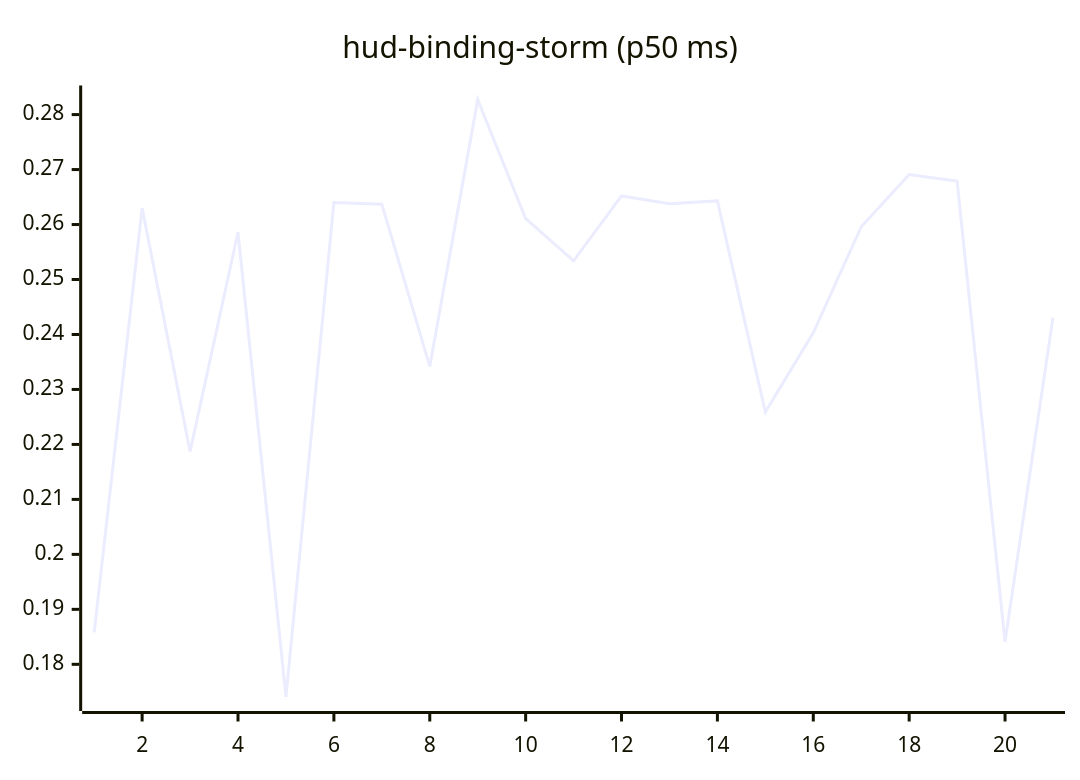
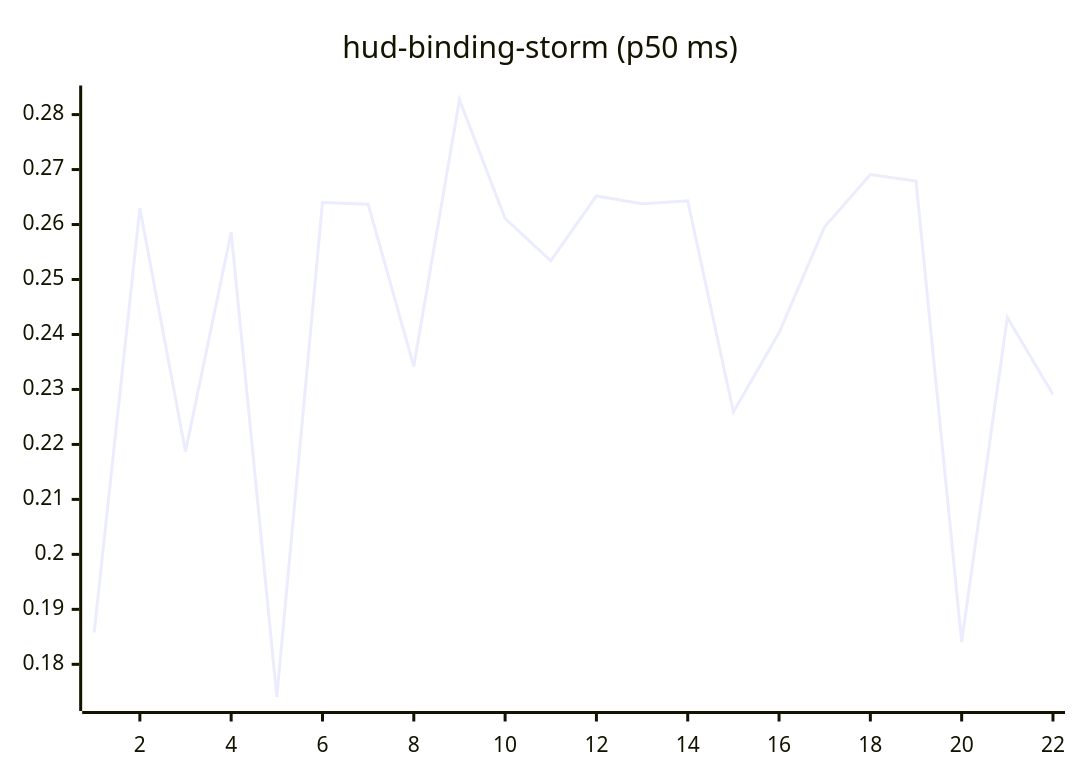
The tenth of 27 diagrams in README.md (josha/Facet), drawn with Mermaid before and after one commit. The commit also changed other lines of this file and 2 other files, not shown here.

````diff
--- a/README.md
+++ b/README.md
@@ -126,6 +126,6 @@
 ```mermaid
 xychart-beta
     title "hud-binding-storm (p50 ms)"
-    x-axis 1 --> 21
-    line [0.1858, 0.2630, 0.2187, 0.2586, 0.1741, 0.2640, 0.2637, 0.2342, 0.2827, 0.2611, 0.2534, 0.2652, 0.2638, 0.2643, 0.2259, 0.2403, 0.2596, 0.2691, 0.2679, 0.1841, 0.2431]
+    x-axis 1 --> 22
+    line [0.1858, 0.2630, 0.2187, 0.2586, 0.1741, 0.2640, 0.2637, 0.2342, 0.2827, 0.2611, 0.2534, 0.2652, 0.2638, 0.2643, 0.2259, 0.2403, 0.2596, 0.2691, 0.2679, 0.1841, 0.2431, 0.2291]
 ```
````
